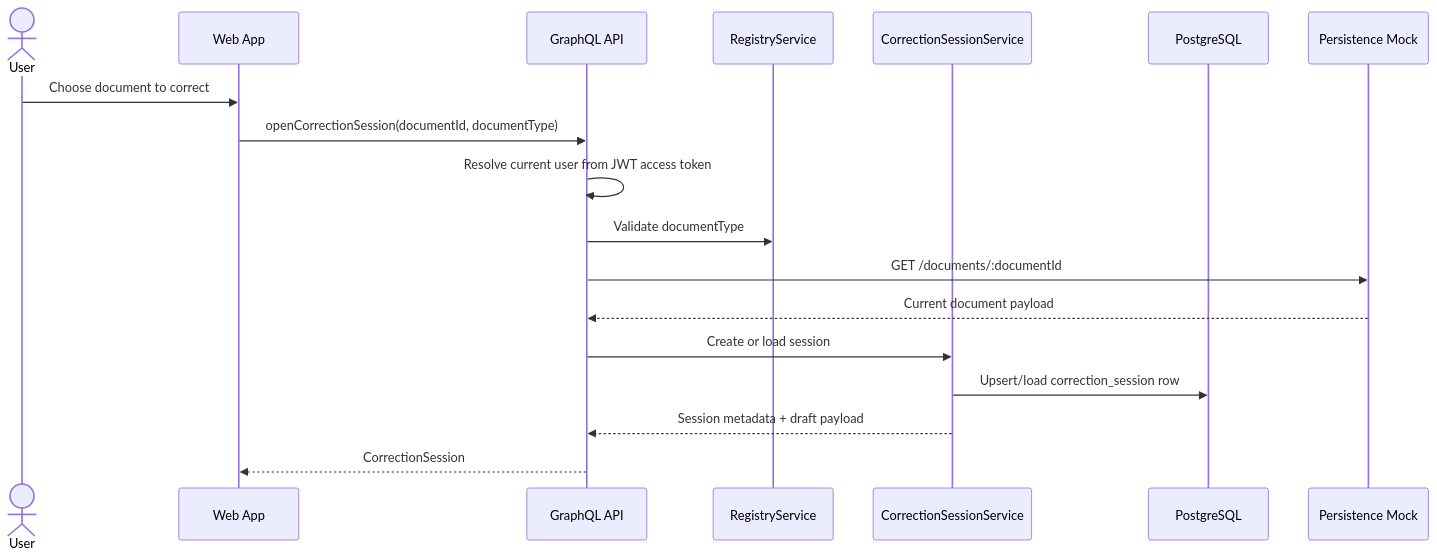
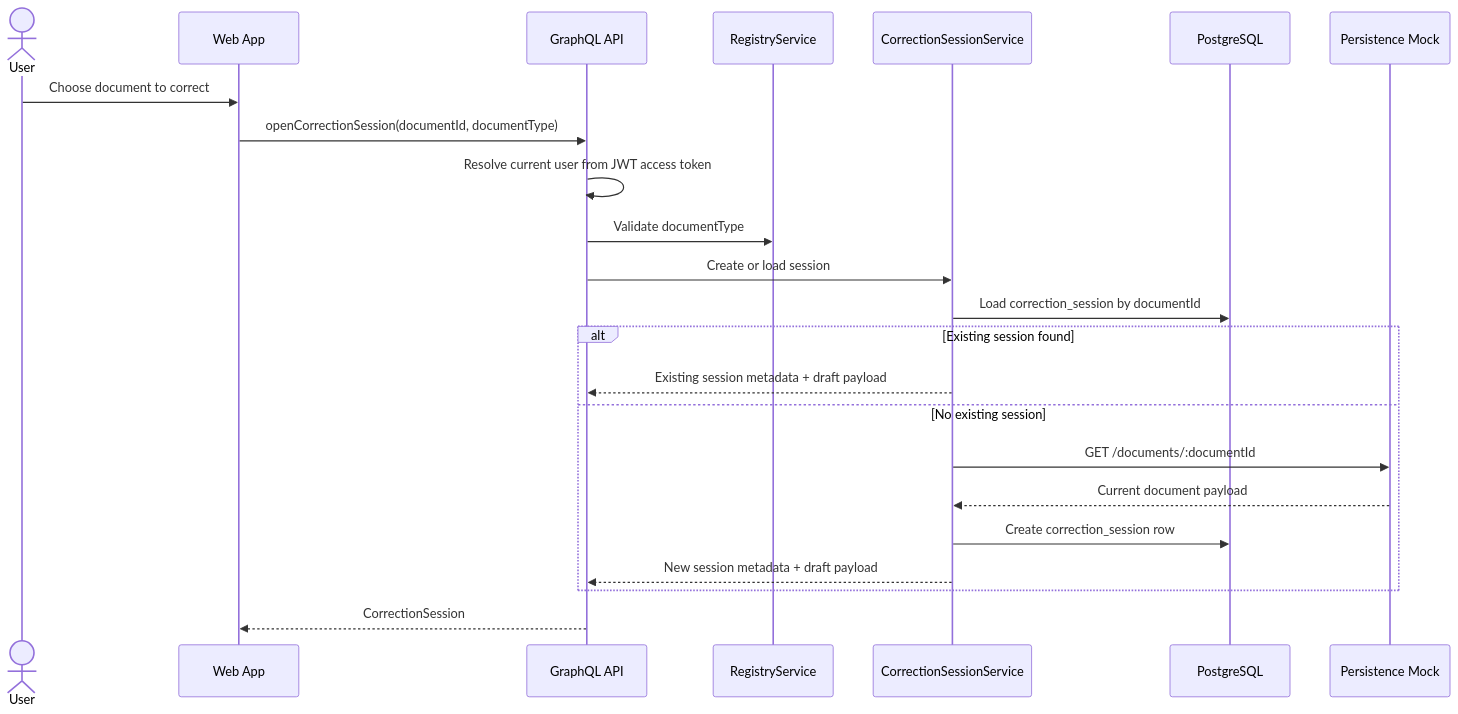
Before and after one commit to MarneusKalgar/aspectloop: the third of 5 diagrams in docs/phase-1-backend-foundation-plan.md, drawn with Mermaid. The commit also changed other lines of this file and 10 other files, not shown here.

````diff
--- a/docs/phase-1-backend-foundation-plan.md
+++ b/docs/phase-1-backend-foundation-plan.md
@@ -141,21 +141,26 @@
 ```mermaid
 sequenceDiagram
   actor U as User
   participant FE as Web App
   participant API as GraphQL API
   participant REG as RegistryService
   participant SES as CorrectionSessionService
   participant DB as PostgreSQL
   participant PS as Persistence Mock
 
   U->>FE: Choose document to correct
   FE->>API: openCorrectionSession(documentId, documentType)
   API->>API: Resolve current user from JWT access token
   API->>REG: Validate documentType
-  API->>PS: GET /documents/:documentId
-  PS-->>API: Current document payload
   API->>SES: Create or load session
-  SES->>DB: Upsert/load correction_session row
-  SES-->>API: Session metadata + draft payload
+  SES->>DB: Load correction_session by documentId
+  alt Existing session found
+    SES-->>API: Existing session metadata + draft payload
+  else No existing session
+    SES->>PS: GET /documents/:documentId
+    PS-->>SES: Current document payload
+    SES->>DB: Create correction_session row
+    SES-->>API: New session metadata + draft payload
+  end
   API-->>FE: CorrectionSession
 ```
````
